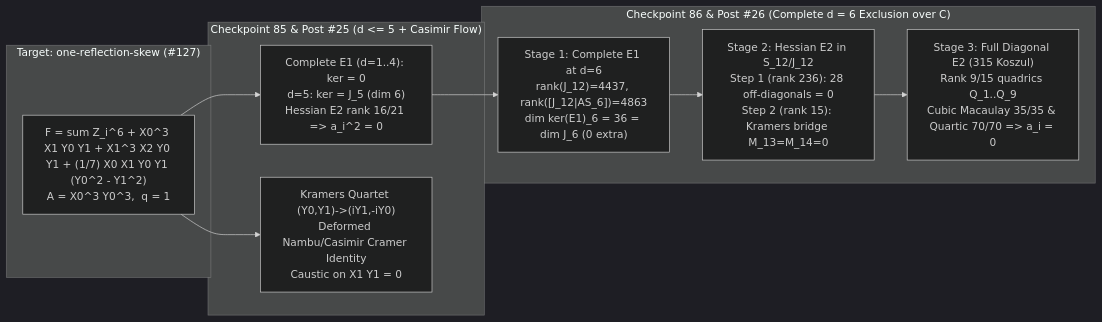
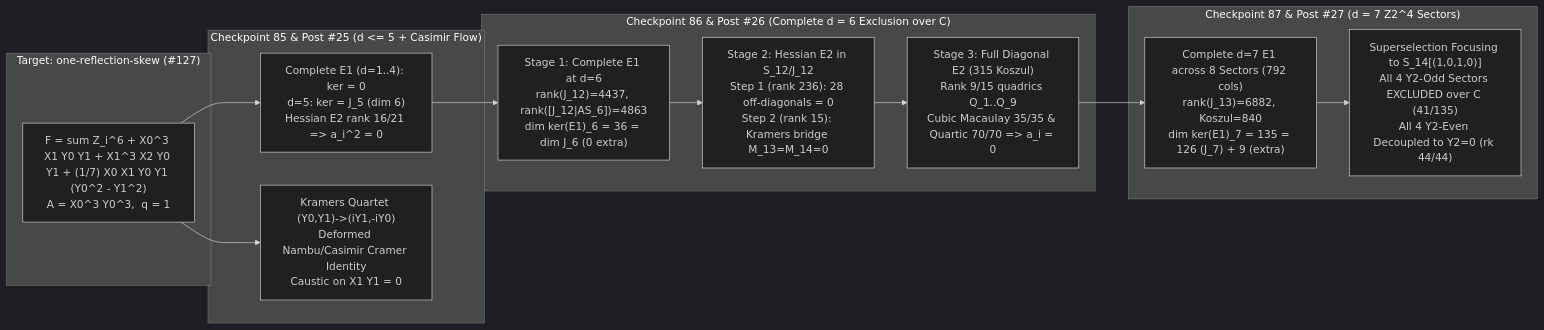
The diagram in LEDGER.md (rbajaj5/hodge-lab), drawn with Mermaid (dark theme) before and after one commit. The commit also changed other lines of this file and 5 other files, not shown here.

Commit message:
Add Checkpoint 87 degree-7 Z2^4 superselection sector decomposition and Y2-odd exclusion for one-reflection-skew [skip ci]

````diff
--- a/LEDGER.md
+++ b/LEDGER.md
@@ -18,19 +18,23 @@
 ```mermaid
 flowchart LR
     subgraph target["Target: one-reflection-skew (#127)"]
         F["F = sum Z_i^6 + X0^3 X1 Y0 Y1 + X1^3 X2 Y0 Y1 + (1/7) X0 X1 Y0 Y1 (Y0^2 - Y1^2)<br/>A = X0^3 Y0^3,  q = 1"]
     end
     subgraph cp85["Checkpoint 85 & Post #25 (d <= 5 + Casimir Flow)"]
         E1_5["Complete E1 (d=1..4): ker = 0<br/>d=5: ker = J_5 (dim 6)<br/>Hessian E2 rank 16/21 => a_i^2 = 0"]
         NAMBU["Kramers Quartet (Y0,Y1)->(iY1,-iY0)<br/>Deformed Nambu/Casimir Cramer Identity<br/>Caustic on X1 Y1 = 0"]
     end
     subgraph cp86["Checkpoint 86 & Post #26 (Complete d = 6 Exclusion over C)"]
         E1_6["Stage 1: Complete E1 at d=6<br/>rank(J_12)=4437, rank([J_12|AS_6])=4863<br/>dim ker(E1)_6 = 36 = dim J_6 (0 extra)"]
         E2_H["Stage 2: Hessian E2 in S_12/J_12<br/>Step 1 (rank 236): 28 off-diagonals = 0<br/>Step 2 (rank 15): Kramers bridge M_13=M_14=0"]
         E2_D["Stage 3: Full Diagonal E2 (315 Koszul)<br/>Rank 9/15 quadrics Q_1..Q_9<br/>Cubic Macaulay 35/35 & Quartic 70/70 => a_i = 0"]
     end
+    subgraph cp87["Checkpoint 87 & Post #27 (d = 7 Z2^4 Sectors)"]
+        E1_7["Complete d=7 E1 across 8 Sectors (792 cols)<br/>rank(J_13)=6882, Koszul=840<br/>dim ker(E1)_7 = 135 = 126 (J_7) + 9 (extra)"]
+        E2_7["Superselection Focusing to S_14[(1,0,1,0)]<br/>All 4 Y2-Odd Sectors EXCLUDED over C (41/135)<br/>All 4 Y2-Even Decoupled to Y2=0 (rk 44/44)"]
+    end
     F --> E1_5
     F --> NAMBU
     E1_5 --> E1_6
-    E1_6 --> E2_H --> E2_D
+    E1_6 --> E2_H --> E2_D --> E1_7 --> E2_7
 ```
````
